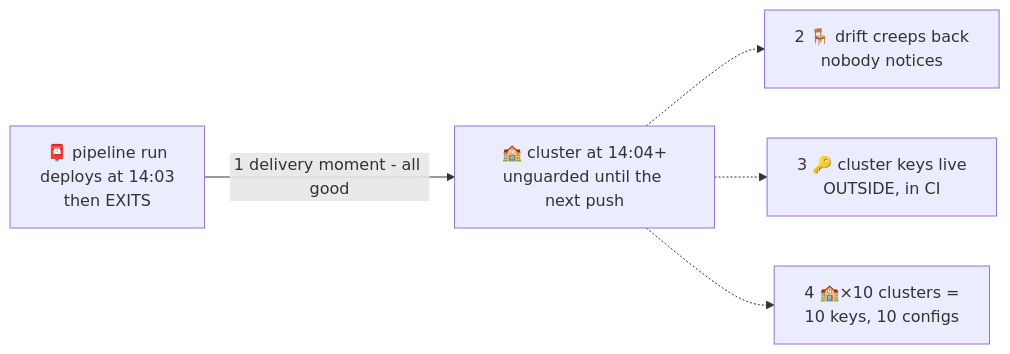
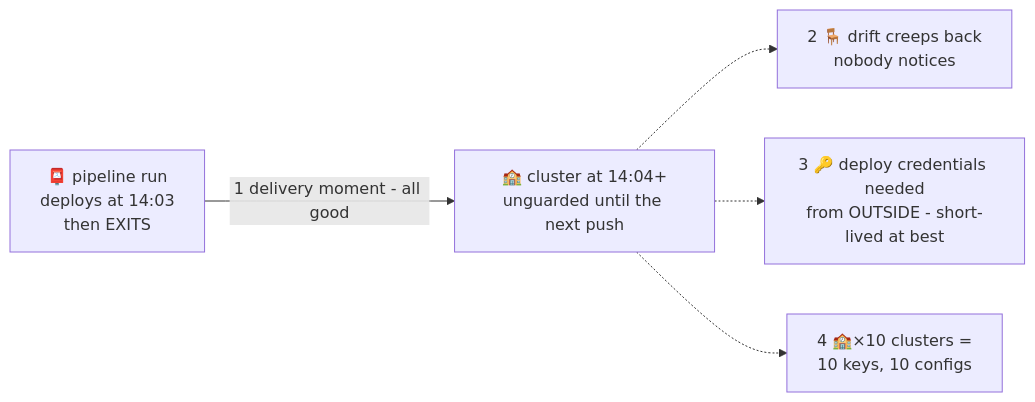
One commit to BaluRaut/learn-argocd-school changed the diagram in lessons/04-limits-of-push/README.md. Above: the diagram before and after it, drawn with Mermaid. The commit also changed other lines of this file and 4 other files, not shown here.

````diff
--- a/lessons/04-limits-of-push/README.md
+++ b/lessons/04-limits-of-push/README.md
@@ -35,9 +44,9 @@
 ```mermaid
 flowchart LR
     ci["📮 pipeline run<br/>deploys at 14:03<br/>then EXITS"]
     cluster["🏫 cluster at 14:04+<br/>unguarded until the next push"]
     ci -->|"1 delivery moment - all good"| cluster
     cluster -.-> d1["2 🪑 drift creeps back<br/>nobody notices"]
-    cluster -.-> d2["3 🔑 cluster keys live<br/>OUTSIDE, in CI"]
+    cluster -.-> d2["3 🔑 deploy credentials needed<br/>from OUTSIDE - short-lived at best"]
     cluster -.-> d3["4 🏫×10 clusters =<br/>10 keys, 10 configs"]
 ```
````
